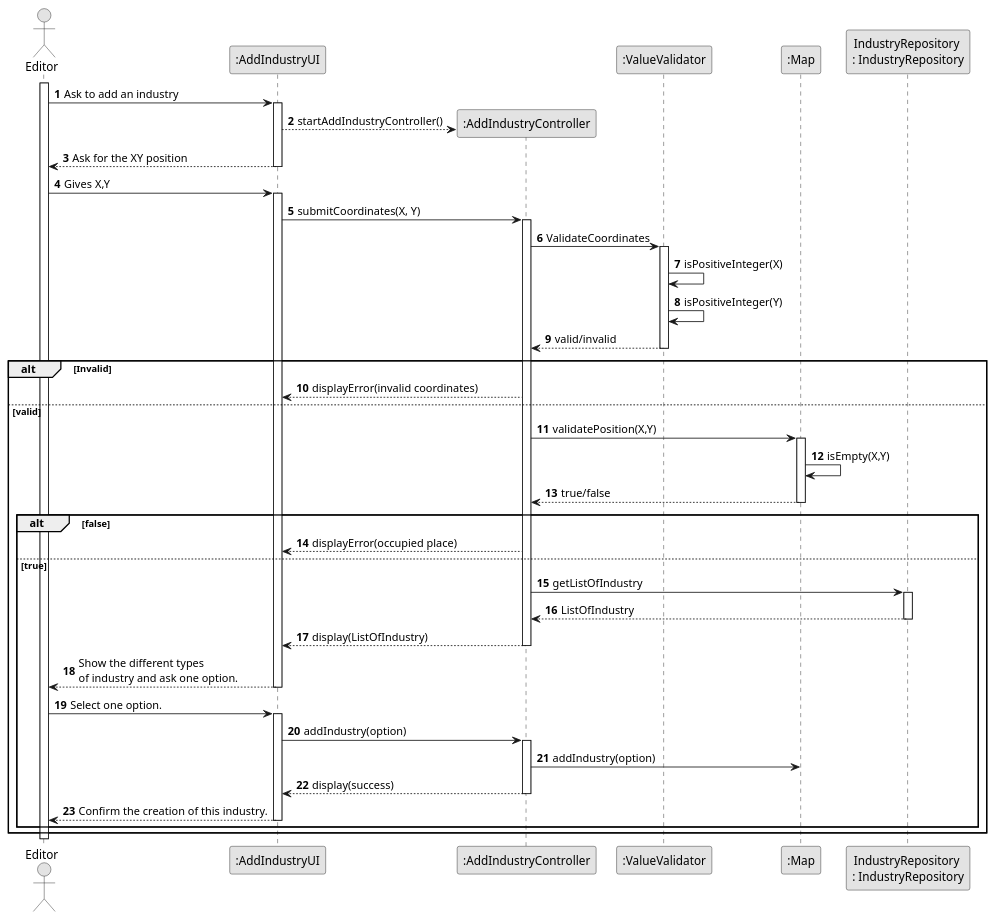
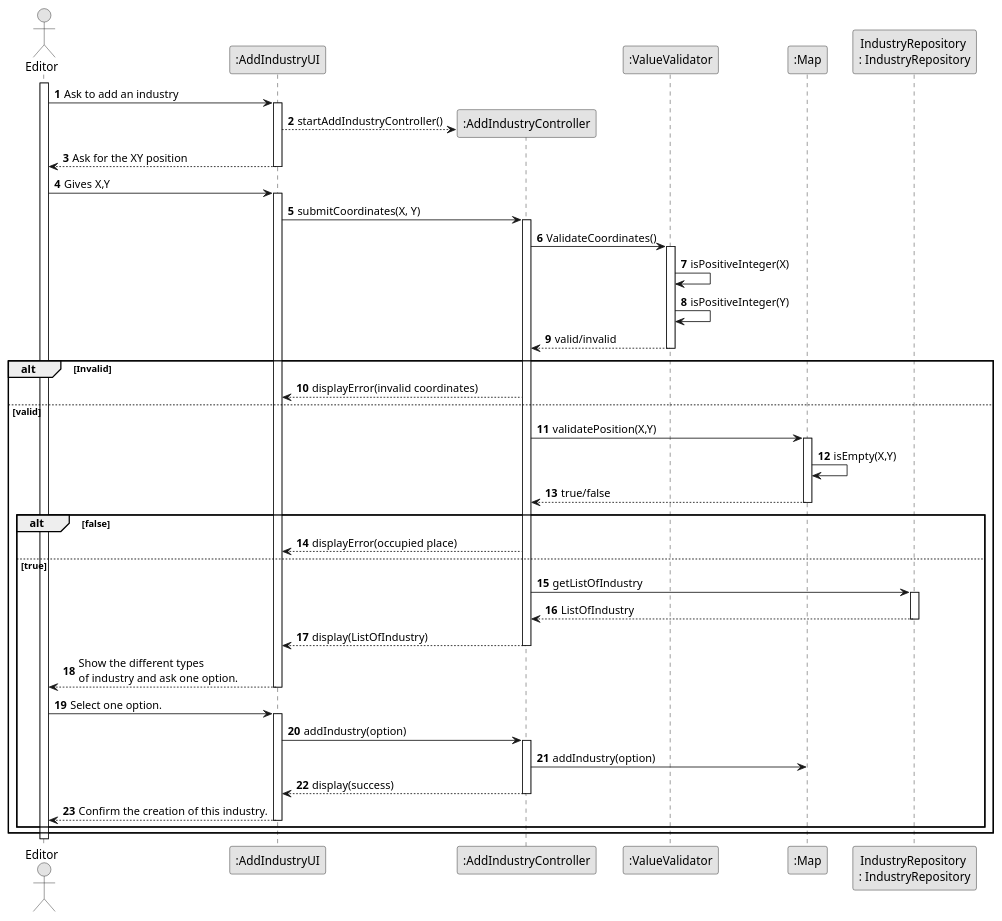
Before and after one commit to 1240826/empire-on-tracks: the diagram in docs/system-documentation/US002/03.design/puml/US002-SD-full.puml, drawn with PlantUML. The commit also changed 3 other files, not shown here.

```diff
--- a/docs/system-documentation/US002/03.design/puml/US002-SD-full.puml
+++ b/docs/system-documentation/US002/03.design/puml/US002-SD-full.puml
@@ -1,71 +1,71 @@
 @startuml
 skinparam monochrome true
 skinparam packageStyle rectangle
 skinparam shadowing false
 
 autonumber
 
 actor "Editor" as Editor
 participant ":AddIndustryUI" as UI
 participant ":AddIndustryController" as Controller
 participant ":ValueValidator" as Validator
 participant ":Map" as Map
 participant "IndustryRepository \n: IndustryRepository" as Repository
 
 activate Editor
 
 Editor -> UI : Ask to add an industry
 activate UI
 UI --> Controller**: startAddIndustryController()
 
 
 UI --> Editor : Ask for the XY position
 deactivate UI
 
 Editor -> UI : Gives X,Y
 activate UI
 UI -> Controller : submitCoordinates(X, Y)
 
 activate Controller
-Controller->Validator:ValidateCoordinates
+Controller->Validator:ValidateCoordinates()
 activate Validator
 Validator->Validator:isPositiveInteger(X)
 Validator->Validator:isPositiveInteger(Y)
 Validator-->Controller:valid/invalid
 deactivate Validator
 alt Invalid
 Controller-->UI: displayError(invalid coordinates)
 else valid
 Controller->Map:validatePosition(X,Y)
 activate Map
 Map->Map:isEmpty(X,Y)
 Map-->Controller:true/false
 deactivate Map
 alt false
 Controller-->UI: displayError(occupied place)
 else true
 Controller->Repository:getListOfIndustry
 activate Repository
 Repository-->Controller:ListOfIndustry
 deactivate Repository
 Controller-->UI: display(ListOfIndustry)
 deactivate Controller
 UI-->Editor:Show the different types \nof industry and ask one option.
 deactivate UI
 Editor->UI:Select one option.
 activate UI
 UI->Controller: addIndustry(option)
 activate Controller
 Controller->Map: addIndustry(option)
 Controller-->UI: display(success)
 deactivate Controller
 UI-->Editor:Confirm the creation of this industry.
 deactivate UI
 
 
 end
 end
 
 
 deactivate Editor
 @enduml
```
